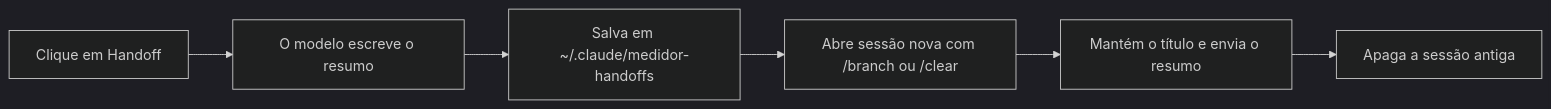
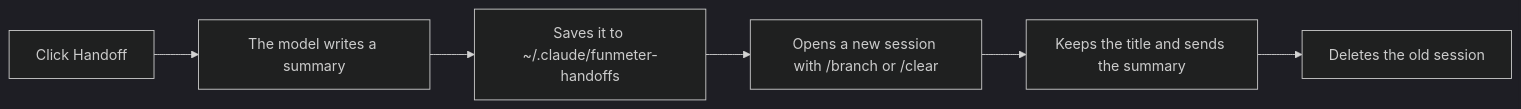
Before and after one commit to mmacedok/claude-mods: the diagram in README.md, drawn with Mermaid (dark theme). The commit also changed other lines of this file and 19 other files, not shown here.

````diff
--- a/README.md
+++ b/README.md
@@ -104,8 +106,8 @@
 ```mermaid
 flowchart LR
-  A[Clique em Handoff] --> B[O modelo escreve o resumo]
-  B --> C["Salva em ~/.claude/medidor-handoffs"]
-  C --> D["Abre sessão nova com /branch ou /clear"]
-  D --> E[Mantém o título e envia o resumo]
-  E --> F[Apaga a sessão antiga]
+  A[Click Handoff] --> B[The model writes a summary]
+  B --> C["Saves it to ~/.claude/funmeter-handoffs"]
+  C --> D["Opens a new session with /branch or /clear"]
+  D --> E[Keeps the title and sends the summary]
+  E --> F[Deletes the old session]
 ```
````
